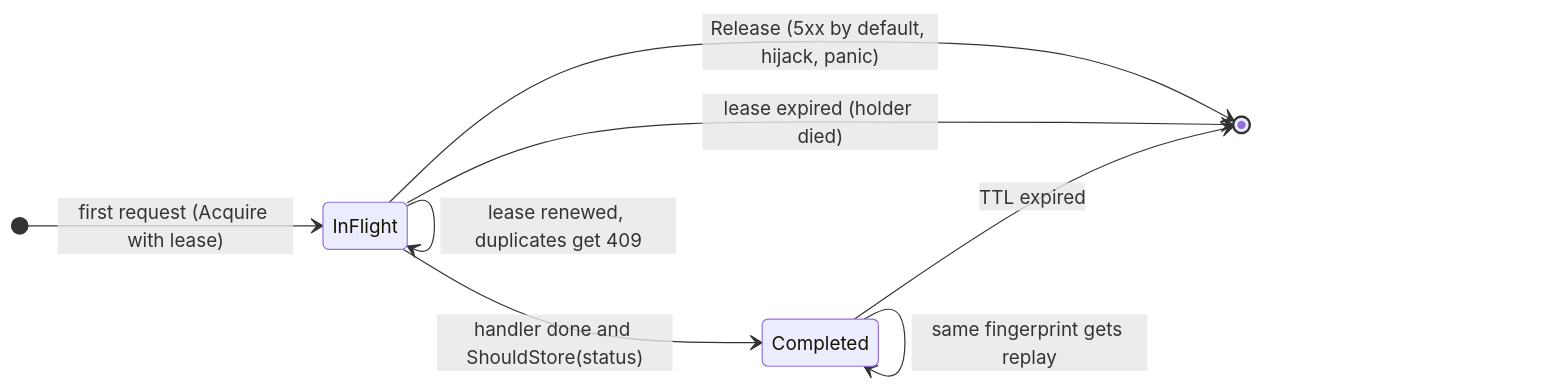
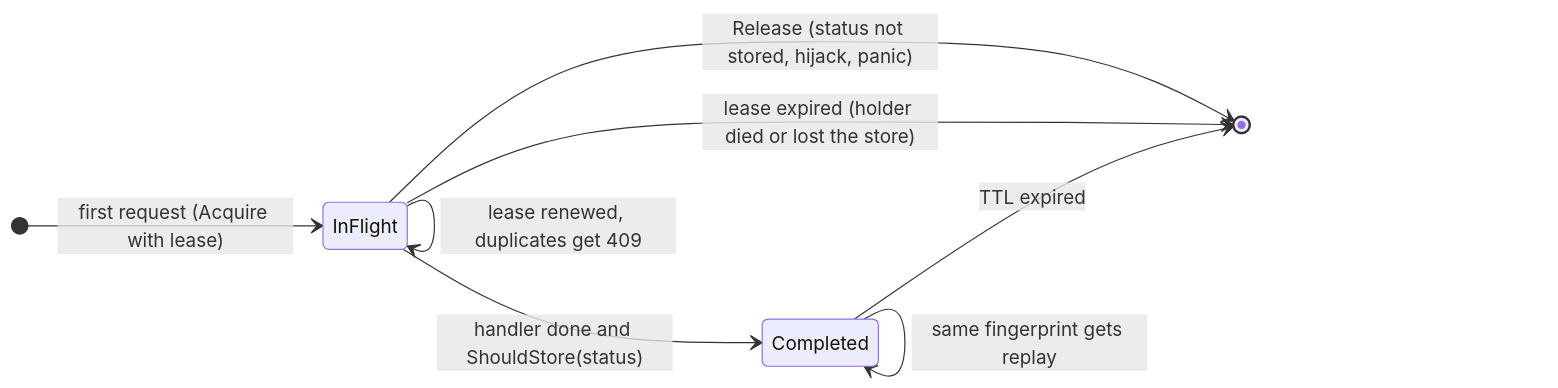
The diagram in README.md (aozmekik/go-idempotency), drawn with Mermaid before and after one commit. The commit also changed other lines of this file and 3 other files, not shown here.

````diff
--- a/README.md
+++ b/README.md
@@ -121,11 +124,11 @@
 ```mermaid
 stateDiagram-v2
     direction LR
     [*] --> InFlight: first request (Acquire with lease)
     InFlight --> InFlight: lease renewed, duplicates get 409
     InFlight --> Completed: handler done and ShouldStore(status)
-    InFlight --> [*]: Release (5xx by default, hijack, panic)
-    InFlight --> [*]: lease expired (holder died)
+    InFlight --> [*]: Release (status not stored, hijack, panic)
+    InFlight --> [*]: lease expired (holder died or lost the store)
     Completed --> Completed: same fingerprint gets replay
     Completed --> [*]: TTL expired
 ```
````
